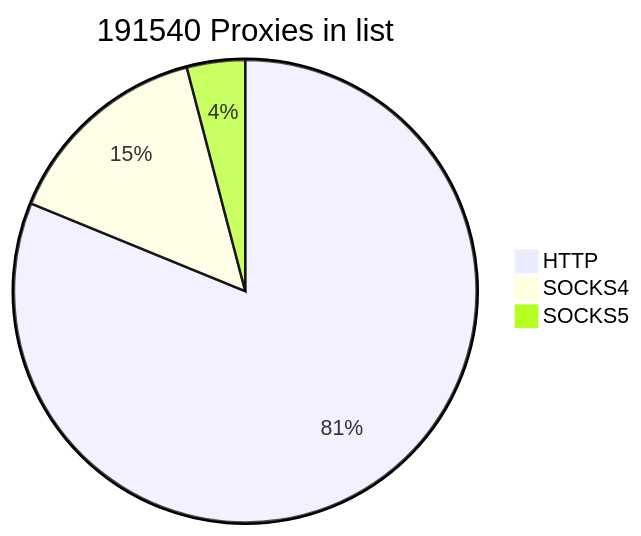
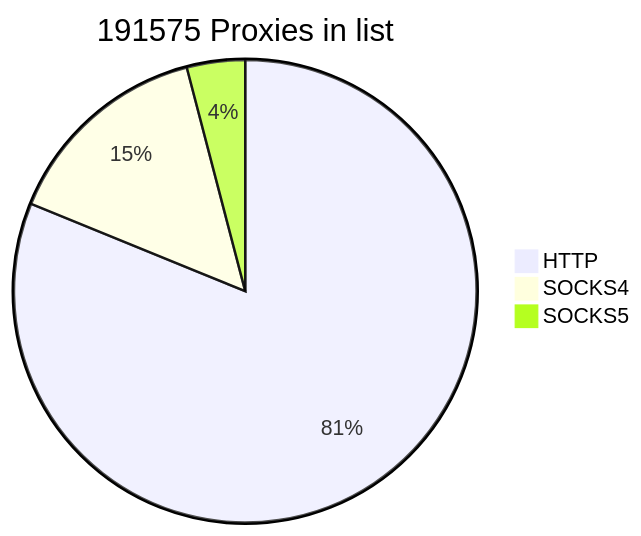
Before and after one commit to cutipu/proxylist: the first of 2 diagrams in README.md, drawn with Mermaid. The commit also changed other lines of this file, not shown here.

````diff
--- a/README.md
+++ b/README.md
@@ -2,7 +2,7 @@
 ```mermaid
-pie title 191540 Proxies in list
-    "HTTP" : 155506
-    "SOCKS4" : 28238
-    "SOCKS5" : 7796
+pie title 191575 Proxies in list
+    "HTTP" : 155507
+    "SOCKS4" : 28274
+    "SOCKS5" : 7794
             
 ```
````
